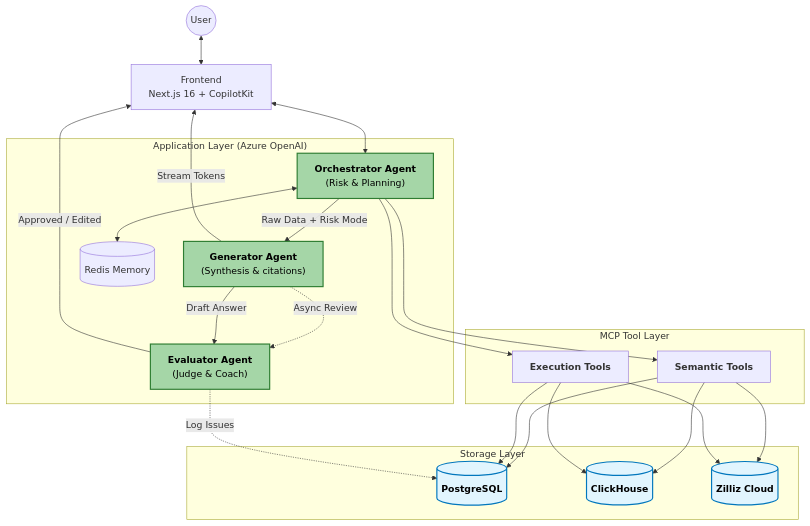
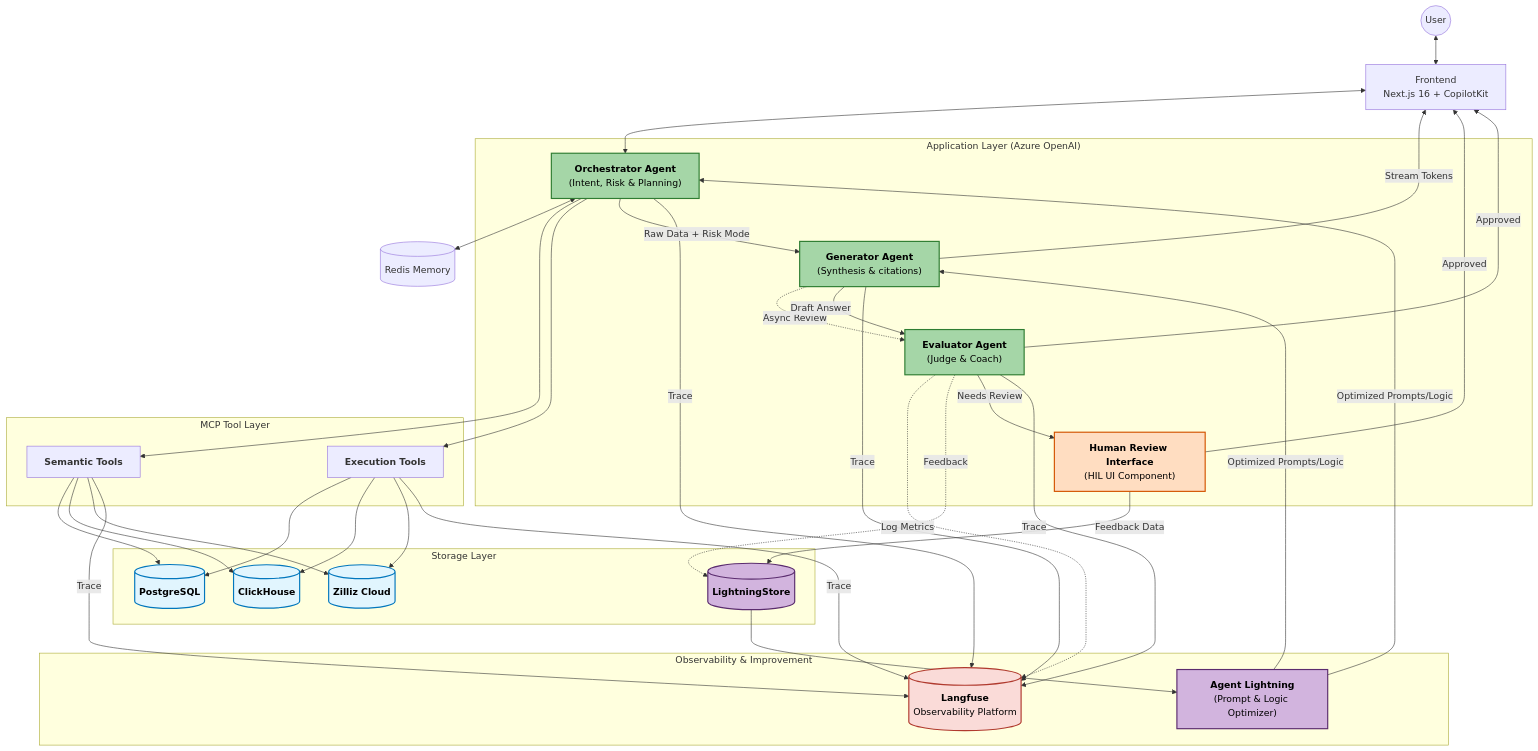
One commit to chris-han/copilot-kit-maf changed the first of 2 diagrams in .kiro/specs/mcp-multi-agent-rag/design-11.md. Above: the diagram before and after it, drawn with Mermaid. The commit also changed other lines of this file and 1 other file, not shown here.

First line of the commit message:
feat(docs): update design document for human review interface

````diff
--- a/.kiro/specs/mcp-multi-agent-rag/design-11.md
+++ b/.kiro/specs/mcp-multi-agent-rag/design-11.md
@@ -43,49 +28,75 @@
 ```mermaid
 graph TD
     %% Styling Definition
     classDef llm fill:#A5D6A7,stroke:#2E7D32,stroke-width:2px,color:black;
     classDef storage fill:#E1F5FE,stroke:#0277BD,stroke-width:2px,color:black;
+    classDef hil fill:#FFDDC1,stroke:#D35400,stroke-width:2px,color:black;
+    classDef feedback fill:#D2B4DE,stroke:#5B2C6F,stroke-width:2px,color:black;
+    classDef obs fill:#FADBD8,stroke:#B03A2E,stroke-width:2px,color:black;
 
     %% Users & Frontend
     User((User))
     FE["Frontend<br/>Next.js 16 + CopilotKit"]
-    
+
     %% Application Layer (The Brain)
     subgraph "Application Layer (Azure OpenAI)"
-        Orchestrator["<B>Orchestrator Agent</B><br/>(Risk & Planning)"]:::llm
+        Orchestrator["<B>Orchestrator Agent</B><br/>(Intent, Risk & Planning)"]:::llm
         Generator["<B>Generator Agent</B><br/>(Synthesis & citations)"]:::llm
         Evaluator["<B>Evaluator Agent</B><br/>(Judge & Coach)"]:::llm
-        Mem[("Redis Memory")]
+        HumanReview["<B>Human Review Interface</B><br/>(HIL UI Component)"]:::hil
     end
 
     %% MCP Tool Layer
     subgraph "MCP Tool Layer"
         T_Context["<B>Semantic Tools</B>"]
         T_Exec["<B>Execution Tools</B>"]
     end
 
     %% Storage Layer
     subgraph "Storage Layer"
         PG[("<B>PostgreSQL</B>")]:::storage
         CH[("<B>ClickHouse</B>")]:::storage
         Zilliz[("<B>Zilliz Cloud</B>")]:::storage
+        LightningStore[("<B>LightningStore</B>")]:::feedback
+    end
+
+    %% Observability & Feedback
+    subgraph "Observability & Improvement"
+        AgentLightning["<B>Agent Lightning</B><br/>(Prompt & Logic Optimizer)"]:::feedback
+        Langfuse[("<B>Langfuse</B><br/>Observability Platform")]:::obs
     end
 
     %% --- Data Retrieval Flow ---
     User <--> FE <--> Orchestrator
-    Orchestrator <--> Mem
+    Orchestrator <--> Mem[("Redis Memory")]
     Orchestrator --> T_Context & T_Exec
     T_Context & T_Exec --> PG & CH & Zilliz
 
     %% --- Synthesis & Delivery Flow ---
     Orchestrator -- "Raw Data + Risk Mode" --> Generator
-    
+
     %% Path A: Low Risk (Parallel / Observer)
     Generator -- "Stream Tokens" --> FE
     Generator -. "Async Review" .-> Evaluator
-    Evaluator -. "Log Issues" .-> PG
+    Evaluator -. "Log Metrics" .-> Langfuse
+    Evaluator -.->|Feedback| LightningStore
 
     %% Path B: High Risk (Blocking / Gatekeeper)
     Generator -- "Draft Answer" --> Evaluator
-    Evaluator -- "Approved / Edited" --> FE
+    Evaluator -- "Needs Review" --> HumanReview
+    HumanReview -- "Feedback Data" --> LightningStore
+    HumanReview -- "Approved" --> FE
+    Evaluator -- "Approved" --> FE
+
+    %% --- Feedback Loop ---
+    LightningStore --> AgentLightning
+    AgentLightning -- "Optimized Prompts/Logic" --> Orchestrator
+    AgentLightning -- "Optimized Prompts/Logic" --> Generator
+
+    %% --- Observability ---
+    Orchestrator -- "Trace" --> Langfuse
+    Generator -- "Trace" --> Langfuse
+    Evaluator -- "Trace" --> Langfuse
+    T_Context -- "Trace" --> Langfuse
+    T_Exec -- "Trace" --> Langfuse
 ```
````
